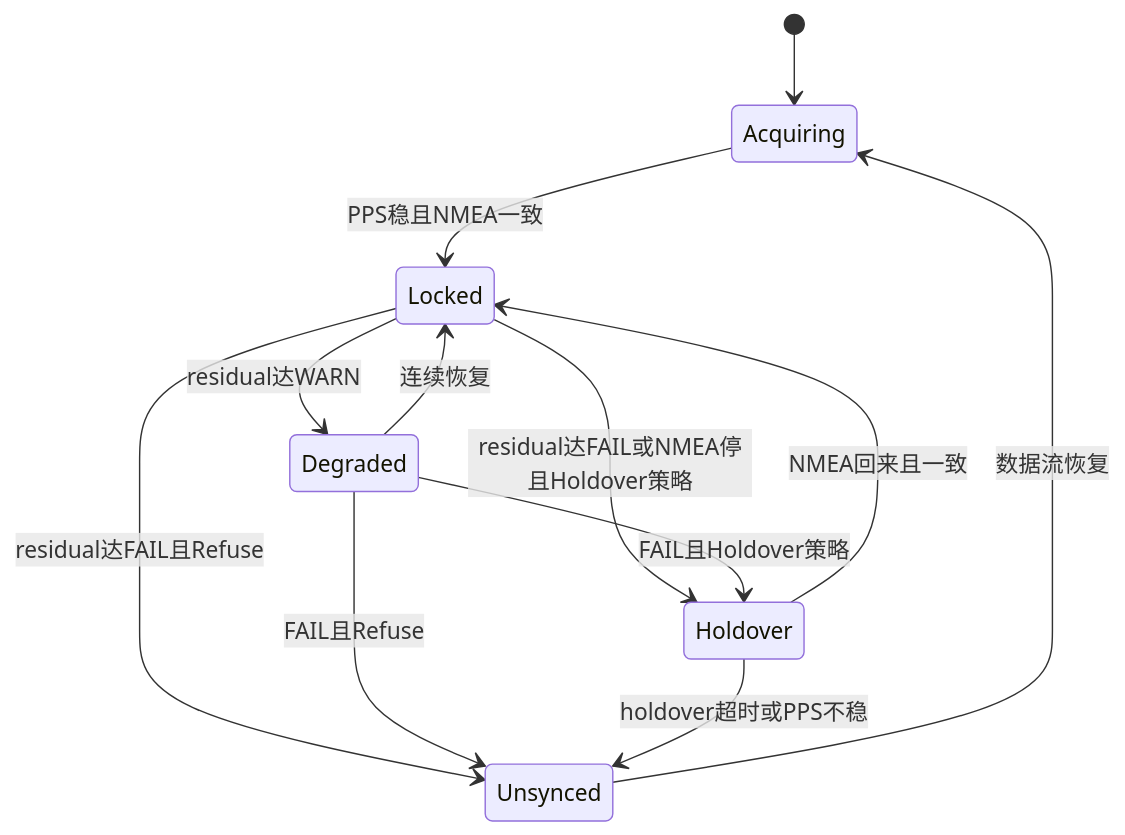
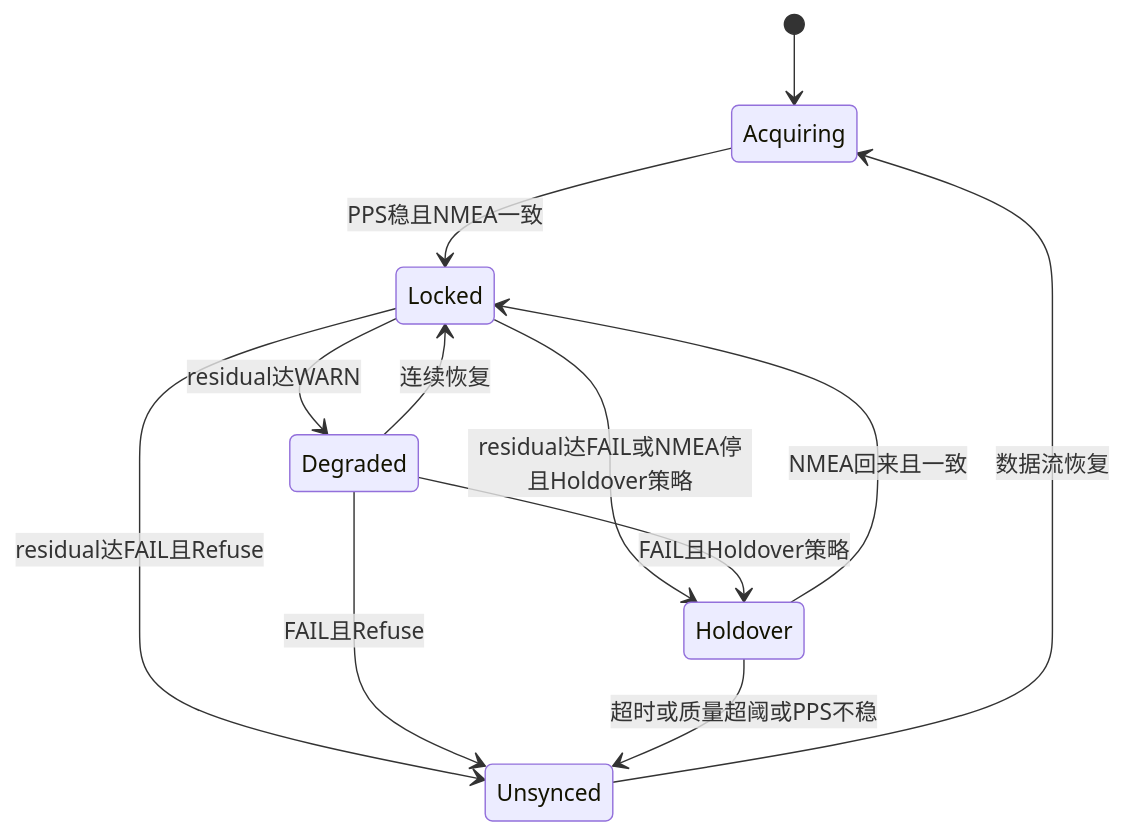
The second of 2 diagrams in docs/local_clock_gps_check.md (luweixuancl/Acode_test), drawn with Mermaid before and after one commit. The commit also changed other lines of this file and 9 other files, not shown here.

````diff
--- a/docs/local_clock_gps_check.md
+++ b/docs/local_clock_gps_check.md
@@ -98,14 +102,14 @@
 ```mermaid
 stateDiagram-v2
   [*] --> Acquiring
   Acquiring --> Locked: PPS稳且NMEA一致
   Locked --> Degraded: residual达WARN
   Locked --> Unsynced: residual达FAIL且Refuse
   Locked --> Holdover: residual达FAIL或NMEA停且Holdover策略
   Degraded --> Locked: 连续恢复
   Degraded --> Unsynced: FAIL且Refuse
   Degraded --> Holdover: FAIL且Holdover策略
   Holdover --> Locked: NMEA回来且一致
-  Holdover --> Unsynced: holdover超时或PPS不稳
+  Holdover --> Unsynced: 超时或质量超阈或PPS不稳
   Unsynced --> Acquiring: 数据流恢复
 ```
````
